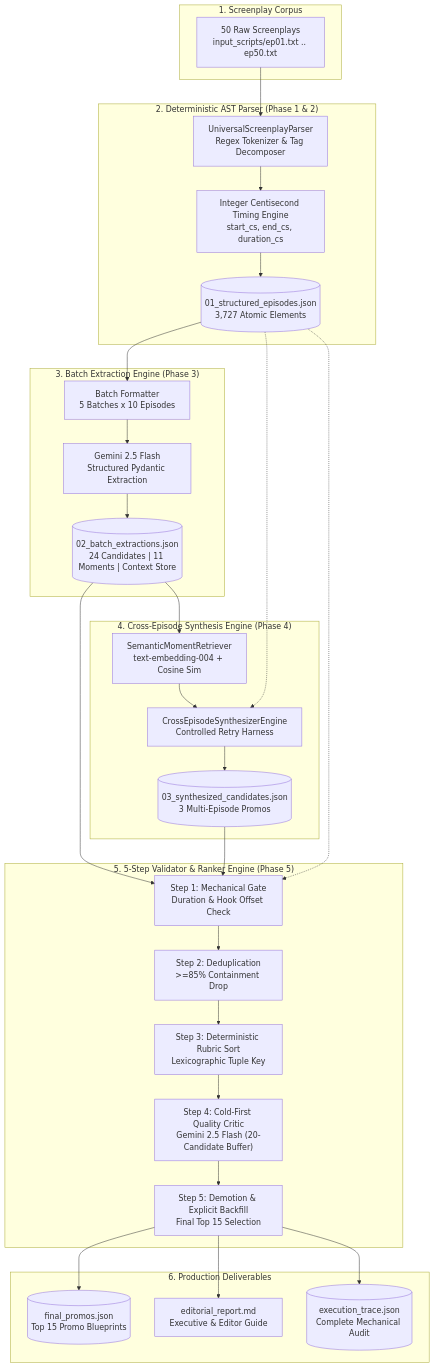
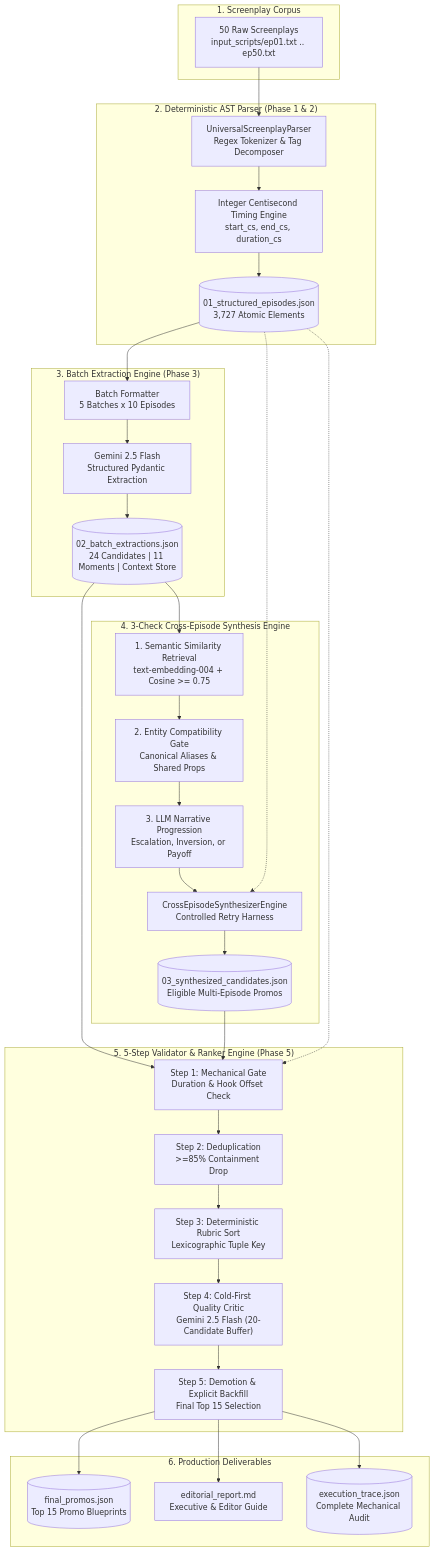
Before and after one commit to me-anirudh/Slayving: the third of 7 diagrams in Documentation/TECHNICAL_DOCUMENTATION.md, drawn with Mermaid. The commit also changed other lines of this file and 9 other files, not shown here.

````diff
--- a/Documentation/TECHNICAL_DOCUMENTATION.md
+++ b/Documentation/TECHNICAL_DOCUMENTATION.md
@@ -204,45 +204,47 @@
 ```mermaid
 flowchart TD
     subgraph Inputs ["1. Screenplay Corpus"]
         A["50 Raw Screenplays<br>input_scripts/ep01.txt .. ep50.txt"]
     end
 
     subgraph Phase1_2 ["2. Deterministic AST Parser (Phase 1 & 2)"]
         B["UniversalScreenplayParser<br>Regex Tokenizer & Tag Decomposer"]
         C["Integer Centisecond Timing Engine<br>start_cs, end_cs, duration_cs"]
         D[("01_structured_episodes.json<br>3,727 Atomic Elements")]
         A --> B --> C --> D
     end
 
     subgraph Phase3 ["3. Batch Extraction Engine (Phase 3)"]
         E["Batch Formatter<br>5 Batches x 10 Episodes"]
         F["Gemini 2.5 Flash<br>Structured Pydantic Extraction"]
         G[("02_batch_extractions.json<br>24 Candidates | 11 Moments | Context Store")]
         D --> E --> F --> G
     end
 
-    subgraph Phase4 ["4. Cross-Episode Synthesis Engine (Phase 4)"]
-        H["SemanticMomentRetriever<br>text-embedding-004 + Cosine Sim"]
-        I["CrossEpisodeSynthesizerEngine<br>Controlled Retry Harness"]
-        J[("03_synthesized_candidates.json<br>3 Multi-Episode Promos")]
-        G --> H --> I --> J
-        D -.-> I
+    subgraph CrossEpisodeSynthesis ["4. 3-Check Cross-Episode Synthesis Engine"]
+        H["1. Semantic Similarity Retrieval<br>text-embedding-004 + Cosine >= 0.75"]
+        I_check["2. Entity Compatibility Gate<br>Canonical Aliases & Shared Props"]
+        J_check["3. LLM Narrative Progression<br>Escalation, Inversion, or Payoff"]
+        K_synth["CrossEpisodeSynthesizerEngine<br>Controlled Retry Harness"]
+        L_synth[("03_synthesized_candidates.json<br>Eligible Multi-Episode Promos")]
+        G --> H --> I_check --> J_check --> K_synth --> L_synth
+        D -.-> K_synth
     end
 
     subgraph Phase5 ["5. 5-Step Validator & Ranker Engine (Phase 5)"]
         K["Step 1: Mechanical Gate<br>Duration & Hook Offset Check"]
         L["Step 2: Deduplication<br>>=85% Containment Drop"]
         M["Step 3: Deterministic Rubric Sort<br>Lexicographic Tuple Key"]
         N["Step 4: Cold-First Quality Critic<br>Gemini 2.5 Flash (20-Candidate Buffer)"]
         O["Step 5: Demotion & Explicit Backfill<br>Final Top 15 Selection"]
-        G & J --> K --> L --> M --> N --> O
+        G & L_synth --> K --> L --> M --> N --> O
         D -.-> K
     end
 
     subgraph Deliverables ["6. Production Deliverables"]
         P[("final_promos.json<br>Top 15 Promo Blueprints")]
         Q["editorial_report.md<br>Executive & Editor Guide"]
         R[("execution_trace.json<br>Complete Mechanical Audit")]
         O --> P & Q & R
     end
 ```
````
